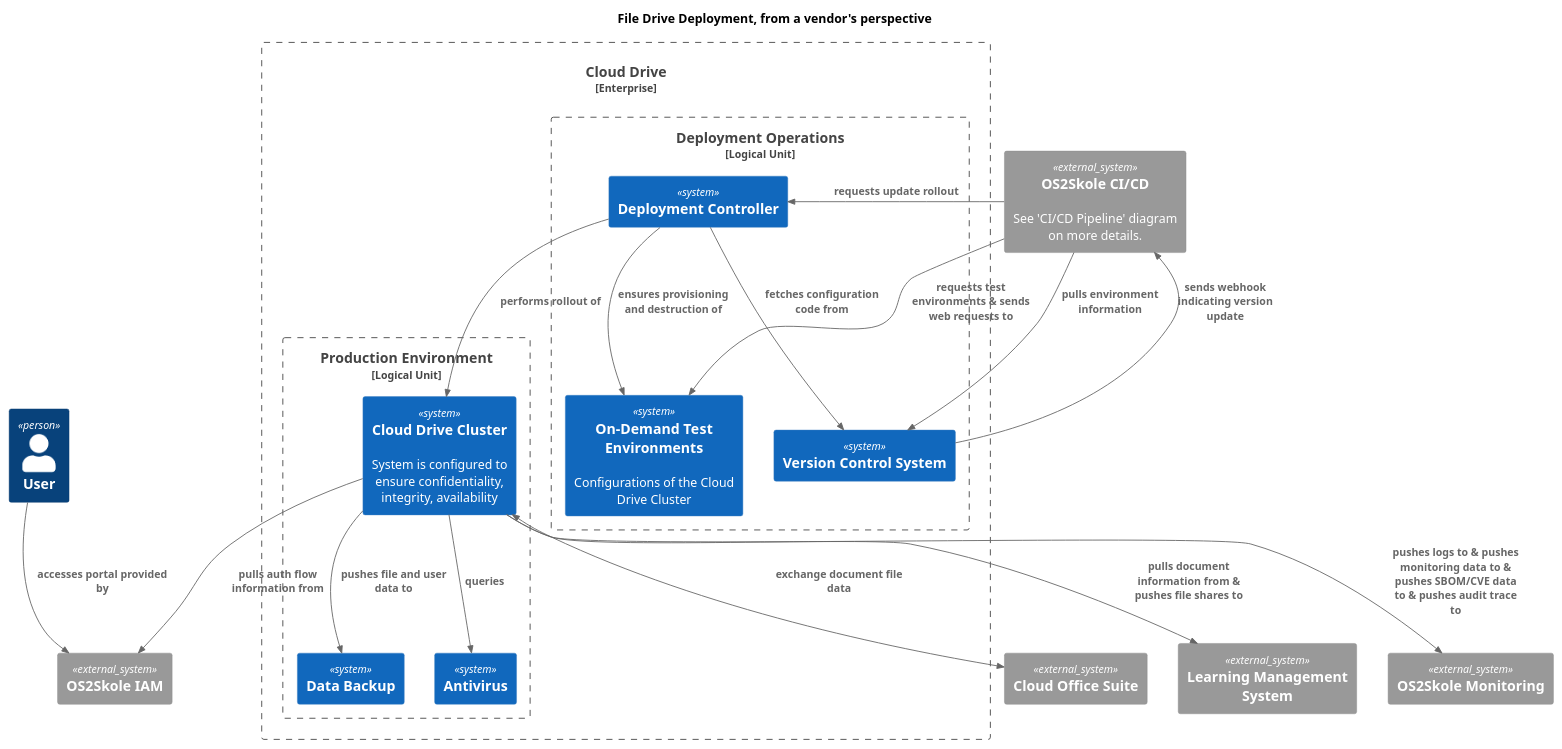
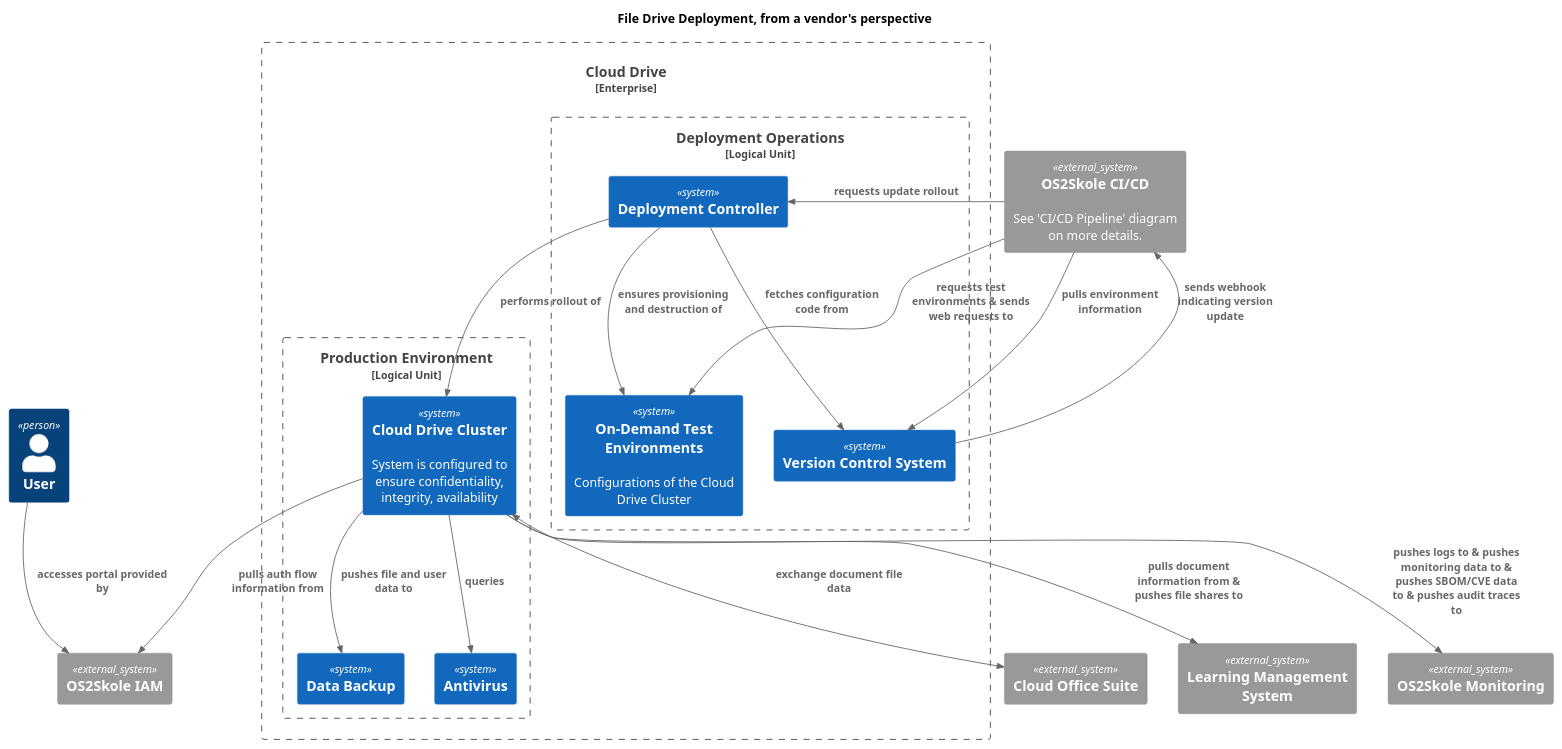
Before and after one commit to 0xf1e/os2skole-PoC: the diagram in docs/diagrams/deployment_system_context.puml, drawn with PlantUML.

Commit message:
docs: change diagram to trigger plantuml run

```diff
--- a/docs/diagrams/deployment_system_context.puml
+++ b/docs/diagrams/deployment_system_context.puml
@@ -1,60 +1,60 @@
 @startuml
 !include  https://raw.githubusercontent.com/plantuml-stdlib/C4-PlantUML/master/C4_Container.puml
 
 title File Drive Deployment, from a vendor's perspective
 
 ' Define custom tag for dashed lines
 AddRelTag("dashed", $lineStyle = DashedLine())
 
 ' External
 Person(user, "User")
 System_Ext(iam, "OS2Skole IAM")
 System_Ext(office, "Cloud Office Suite")
 System_Ext(lms, "Learning Management System")
 System_Ext(monitor, "OS2Skole Monitoring")
 System_Ext(cicd, "OS2Skole CI/CD", "See 'CI/CD Pipeline' diagram on more details.")
 
 ' Main Enterprise Boundary
 Enterprise_Boundary(cloud_drive, "Cloud Drive") {
     
     Boundary(prod, "Production Environment", "Logical Unit") {
         System(cluster, "Cloud Drive Cluster", "System is configured to ensure confidentiality, integrity, availability")
         System(av, "Antivirus")
         System(backup, "Data Backup")
     }
 
     Boundary(ops_unit, "Deployment Operations", "Logical Unit") {
         System(vcs, "Version Control System")
         System(controller, "Deployment Controller")
         System(test_env, "On-Demand Test Environments", "Configurations of the Cloud Drive Cluster")
     }
 }
 
 ' Relationships
 
 ' User interactions
 Rel(user, iam, "accesses portal provided by")
 
 ' Connect Cluster to External Systems (Left & Top)
 Rel(cluster, iam, "pulls auth flow information from")
 BiRel(cluster, office, "exchange document file data")
 Rel(cluster, lms, "pulls document information from & pushes file shares to")
-Rel(cluster, monitor, "pushes logs to & pushes monitoring data to & pushes SBOM/CVE data to & pushes audit trace to")
+Rel(cluster, monitor, "pushes logs to & pushes monitoring data to & pushes SBOM/CVE data to & pushes audit traces to")
 
 ' Cluster internal connections
 Rel(cluster, av, "queries")
 Rel(cluster, backup, "pushes file and user data to")
 
 ' Deployment Controller interactions
 Rel(controller, cluster, "performs rollout of")
 
 ' CI/CD Pipeline flow
 Rel(vcs, cicd, "sends webhook indicating version update")
 Rel(cicd, vcs, "pulls environment information")
 Rel(cicd, controller, "requests update rollout")
 Rel(cicd, test_env, "requests test environments & sends web requests to")
 
 Rel(controller, vcs, "fetches configuration code from",)
 Rel(controller, test_env, "ensures provisioning and destruction of")
 
 @enduml
```
